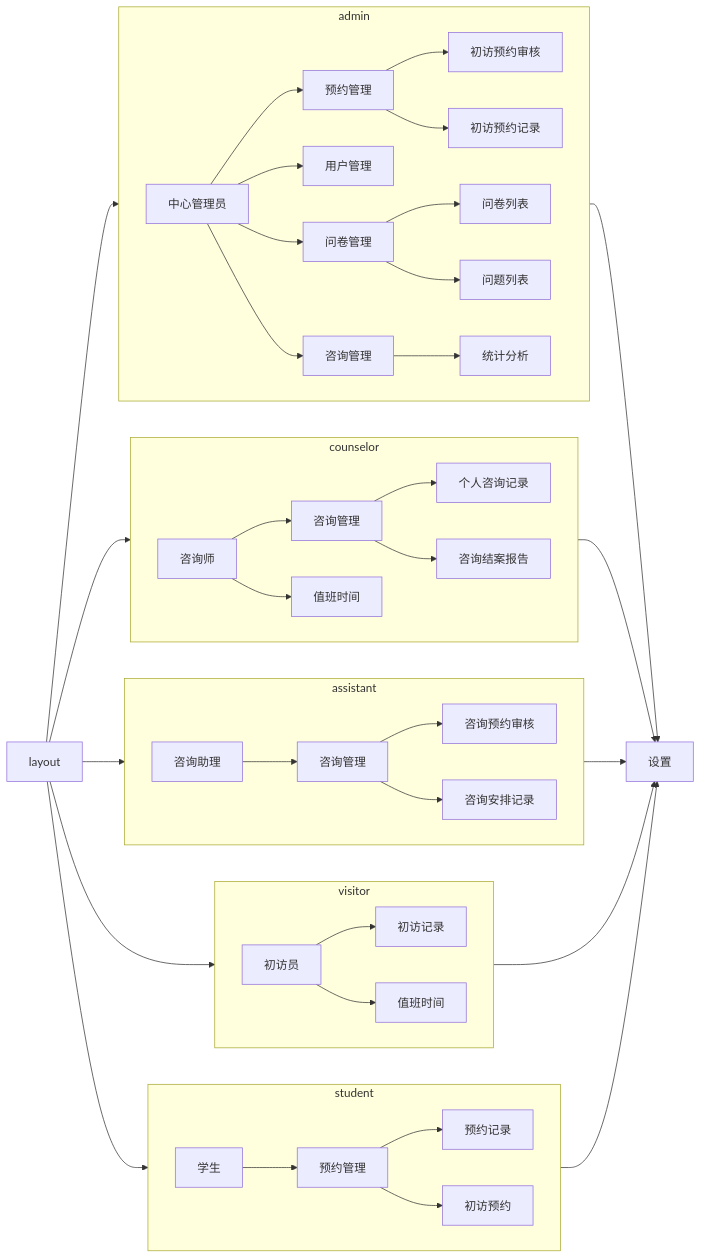
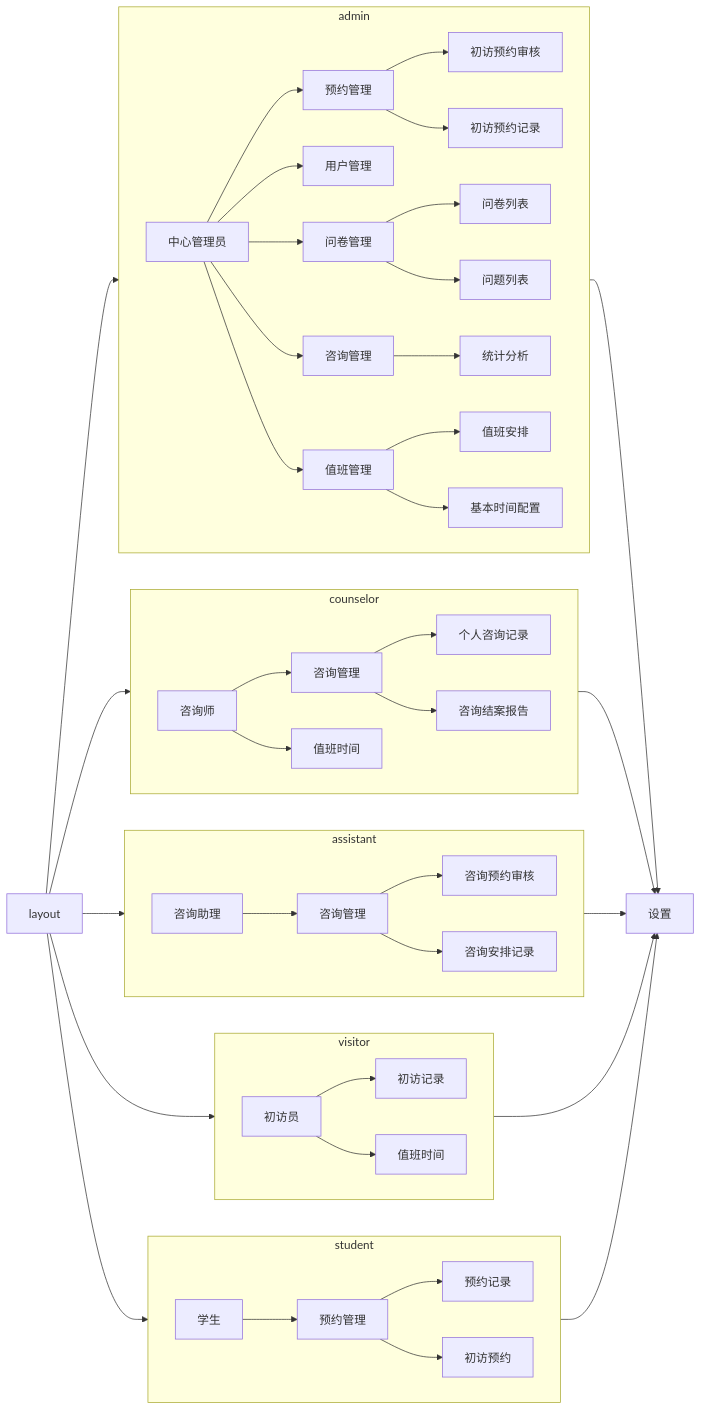
Before and after one commit to Clothwest/psychological-counseling-front: the diagram in public/views.mmd, drawn with Mermaid. The commit also changed 15 other files, not shown here.

```diff
--- a/public/views.mmd
+++ b/public/views.mmd
@@ -1,47 +1,49 @@
 flowchart LR
     A[layout] --> admin[admin]
     A --> counselor[counselor]
     A --> assistant[assistant]
     A --> visitor[visitor]
     A --> student[student]
     %% admin -- 中心管理员
     subgraph admin
         direction LR
         B[中心管理员] --> H[预约管理] --> L[初访预约审核]
         H --> M[初访预约记录]
         B --> U[用户管理]
         B --> V[问卷管理] --> W[问卷列表]
         V --> X[问题列表]
         B --> Z[咨询管理] --> AA[统计分析]
+        B --> CC[值班管理] --> DD[值班安排]
+        CC --> EE[基本时间配置]
     end
     %% counselor -- 咨询师
     subgraph counselor
         direction LR
         C[咨询师] --> K[咨询管理] --> S[个人咨询记录]
         K --> T[咨询结案报告]
         C --> N[值班时间]
     end
     %% assistant -- 咨询助理
     subgraph assistant
         direction LR
         D[咨询助理] --> J[咨询管理] --> P[咨询预约审核]
         J --> R[咨询安排记录]
     end
     %% visitor -- 初访员
     subgraph visitor
         direction LR
         E[初访员] --> I[初访记录]
         E --> O[值班时间]
     end
     %% student -- 学生
     subgraph student
         direction LR
         F[学生] --> G[预约管理] --> Q[预约记录]
         G --> Y[初访预约]
     end
     %% settings
     admin --> BB[设置]
     counselor --> BB
     assistant --> BB
     visitor --> BB
     student --> BB
```
